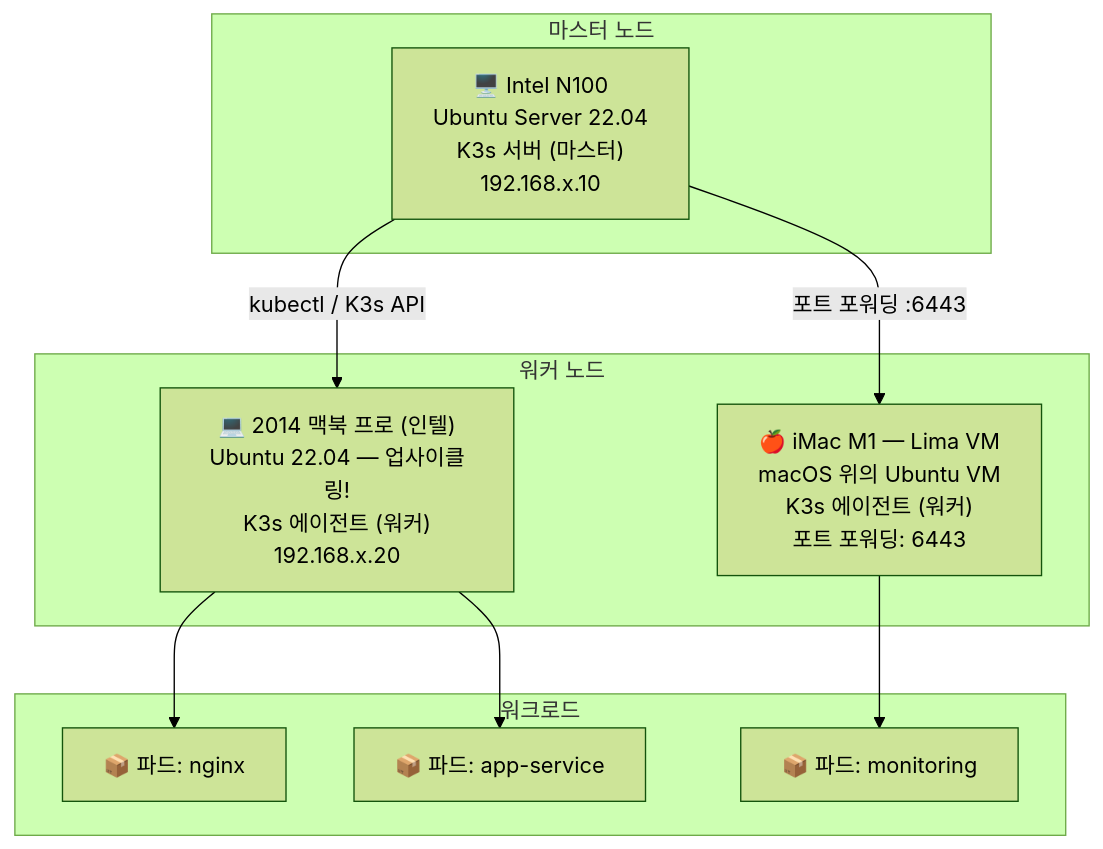
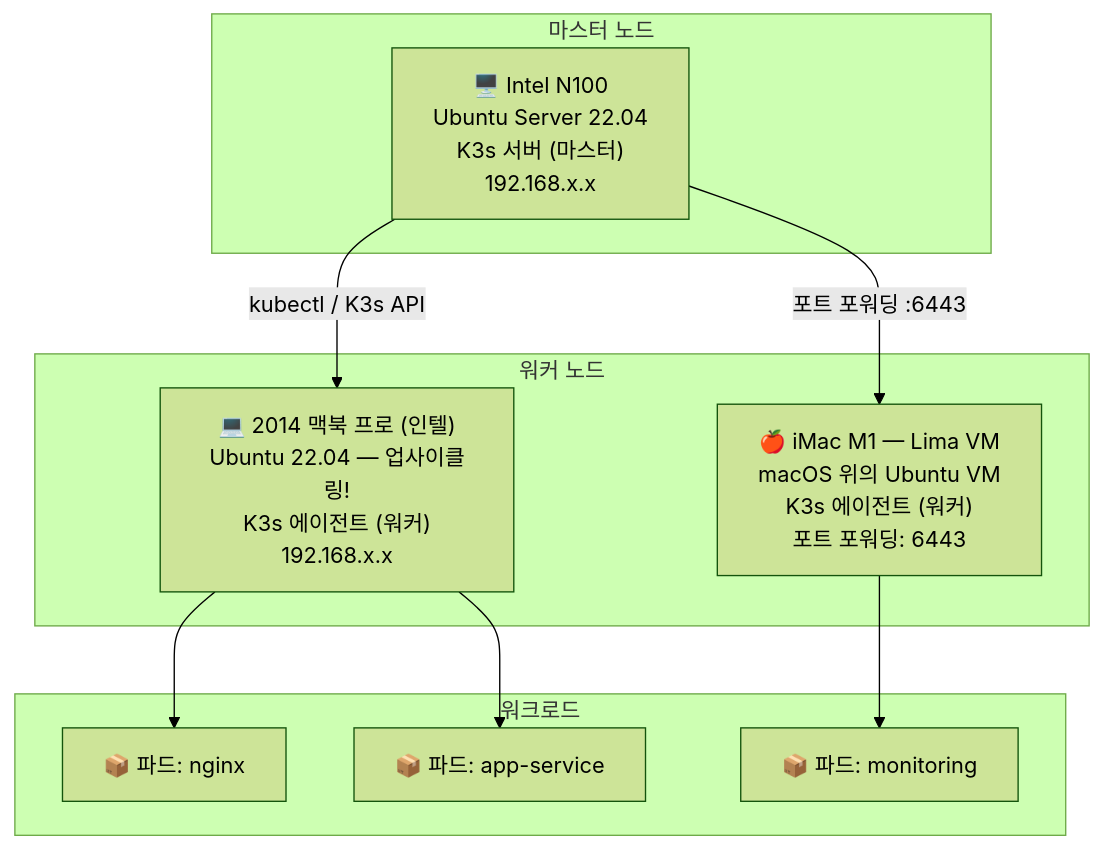
One commit to kookie2626/Hybrid-K3s-Cluster changed the diagram in README.md. Above: the diagram before and after it, drawn with Mermaid (forest theme). The commit also changed other lines of this file, not shown here.

````diff
--- a/README.md
+++ b/README.md
@@ -23,23 +23,23 @@
 ```mermaid
 graph TD
     subgraph "마스터 노드"
-        N100["🖥️ Intel N100<br/>Ubuntu Server 22.04<br/>K3s 서버 (마스터)<br/>192.168.x.10"]
+        N100["🖥️ Intel N100<br/>Ubuntu Server 22.04<br/>K3s 서버 (마스터)<br/>192.168.x.x"]
     end
 
     subgraph "워커 노드"
-        MBP["💻 2014 맥북 프로 (인텔)<br/>Ubuntu 22.04 — 업사이클링!<br/>K3s 에이전트 (워커)<br/>192.168.x.20"]
+        MBP["💻 2014 맥북 프로 (인텔)<br/>Ubuntu 22.04 — 업사이클링!<br/>K3s 에이전트 (워커)<br/>192.168.x.x"]
         LIMA["🍎 iMac M1 — Lima VM<br/>macOS 위의 Ubuntu VM<br/>K3s 에이전트 (워커)<br/>포트 포워딩: 6443"]
     end
 
     subgraph "워크로드"
         POD1["📦 파드: nginx"]
         POD2["📦 파드: app-service"]
         POD3["📦 파드: monitoring"]
     end
 
     N100 -- "kubectl / K3s API" --> MBP
     N100 -- "포트 포워딩 :6443" --> LIMA
     MBP --> POD1
     MBP --> POD2
     LIMA --> POD3
 ```
````
